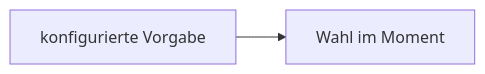
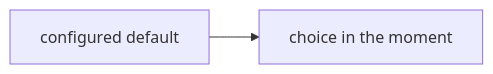
The sixth of 50 diagrams in docs/NewConcept/10-domain-core.md (sfambach/wp-taxonomy-modeler), drawn with Mermaid before and after one commit. The commit also changed other lines of this file and 4 other files, not shown here.

First line of the commit message:
Diagramme auf Englisch, Sachnamen bleiben

````diff
--- a/docs/NewConcept/10-domain-core.md
+++ b/docs/NewConcept/10-domain-core.md
@@ -438,4 +438,4 @@
 ```mermaid
 flowchart LR
-  V["konfigurierte Vorgabe"] --> W["Wahl im Moment"]
+  V["configured default"] --> W["choice in the moment"]
 ```
````
